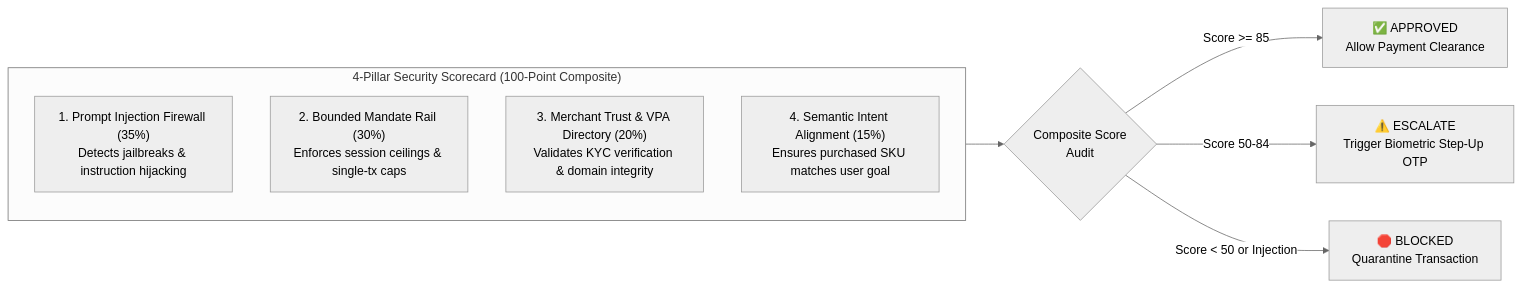
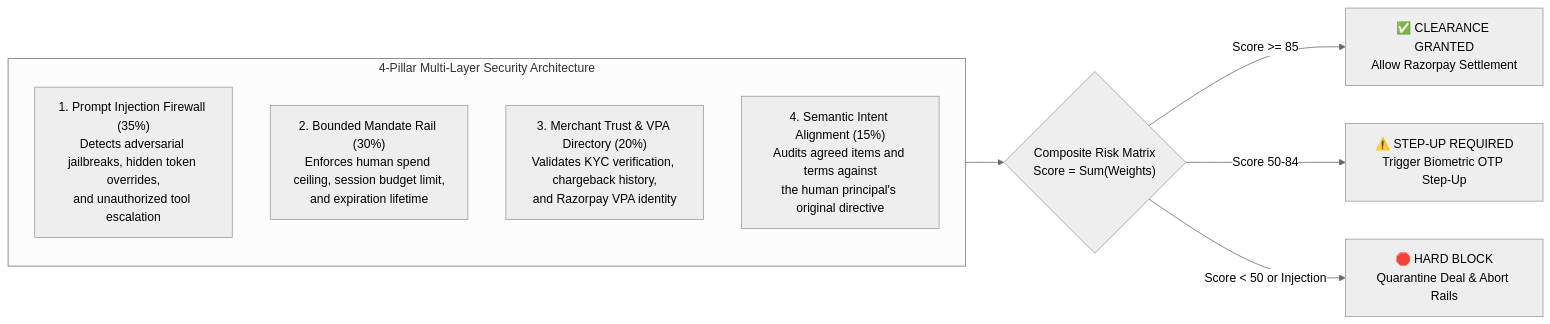
Before and after one commit to Arnab758/RazorAgents: the third of 3 diagrams in README.md, drawn with Mermaid (neutral theme). The commit also changed other lines of this file and 19 other files, not shown here.

````diff
--- a/README.md
+++ b/README.md
@@ -191,14 +205,14 @@
 ```mermaid
 graph LR
-    subgraph Pillars["4-Pillar Security Scorecard (100-Point Composite)"]
-        P1["1. Prompt Injection Firewall (35%)\nDetects jailbreaks & instruction hijacking"]
-        P2["2. Bounded Mandate Rail (30%)\nEnforces session ceilings & single-tx caps"]
-        P3["3. Merchant Trust & VPA Directory (20%)\nValidates KYC verification & domain integrity"]
-        P4["4. Semantic Intent Alignment (15%)\nEnsures purchased SKU matches user goal"]
+    subgraph Scorecard["4-Pillar Multi-Layer Security Architecture"]
+        P1["1. Prompt Injection Firewall (35%)\nDetects adversarial jailbreaks, hidden token overrides,\nand unauthorized tool escalation"]
+        P2["2. Bounded Mandate Rail (30%)\nEnforces human spend ceiling, session budget limit,\nand expiration lifetime"]
+        P3["3. Merchant Trust & VPA Directory (20%)\nValidates KYC verification, chargeback history,\nand Razorpay VPA identity"]
+        P4["4. Semantic Intent Alignment (15%)\nAudits agreed items and terms against\nthe human principal's original directive"]
     end
 
-    Pillars --> CompositeScore{"Composite Score\nAudit"}
-    CompositeScore -->|Score >= 85| Approved["✅ APPROVED\nAllow Payment Clearance"]
-    CompositeScore -->|Score 50-84| StepUp["⚠️ ESCALATE\nTrigger Biometric Step-Up OTP"]
-    CompositeScore -->|Score < 50 or Injection| Blocked["🛑 BLOCKED\nQuarantine Transaction"]
+    Scorecard --> Composite{"Composite Risk Matrix\nScore = Sum(Weights)"}
+    Composite -->|Score >= 85| Approved["✅ CLEARANCE GRANTED\nAllow Razorpay Settlement"]
+    Composite -->|Score 50-84| Escalate["⚠️ STEP-UP REQUIRED\nTrigger Biometric OTP Step-Up"]
+    Composite -->|Score < 50 or Injection| Blocked["🛑 HARD BLOCK\nQuarantine Deal & Abort Rails"]
 ```
````
